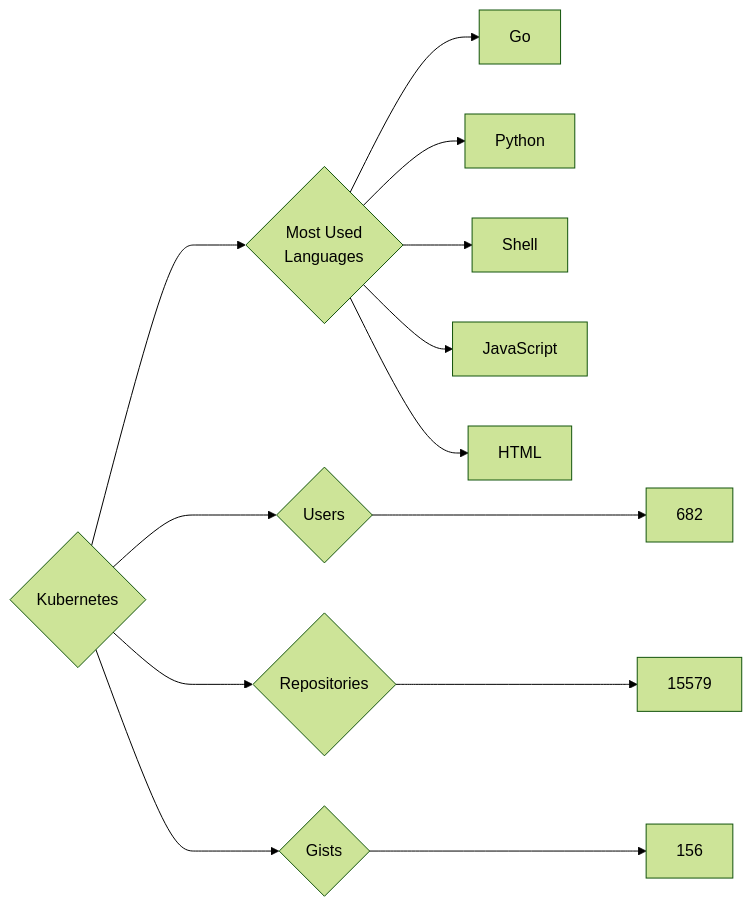
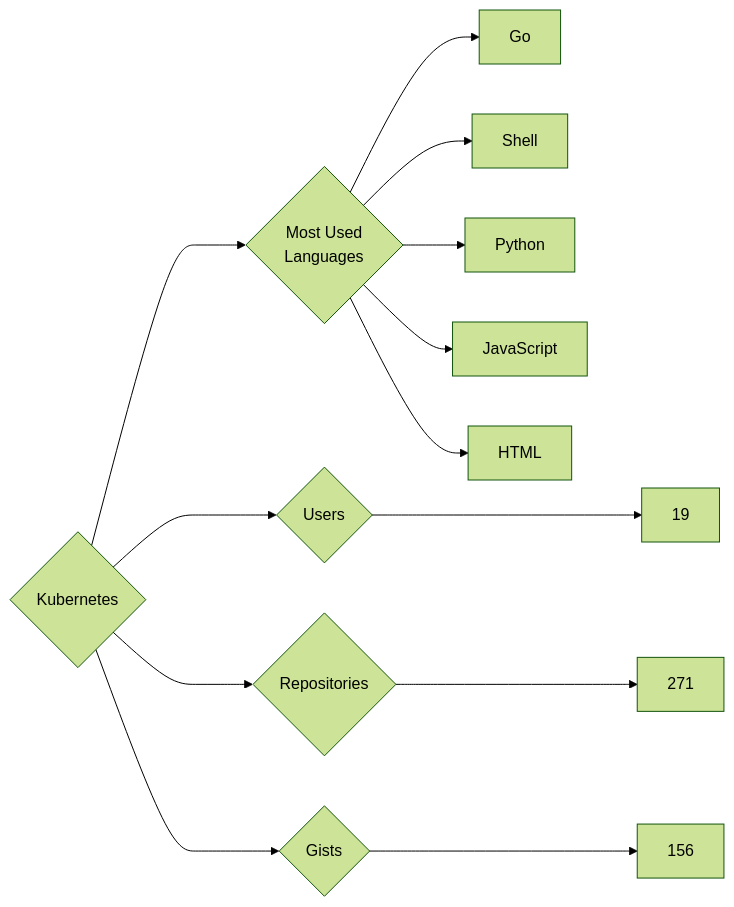
The diagram in targets/Kubernetes/README.md (trickest/insiders), drawn with Mermaid (forest theme) before and after one commit. The commit also changed 721 other files, not shown here.

````diff
--- a/targets/Kubernetes/README.md
+++ b/targets/Kubernetes/README.md
@@ -3,13 +3,13 @@
 ```mermaid
 graph LR
 COMPANY_NAME{Kubernetes}
-COMPANY_NAME ---> U{Users} ---> UN[682]
-COMPANY_NAME ---> R{Repositories} ---> RN[15579]
+COMPANY_NAME ---> U{Users} ---> UN[19]
+COMPANY_NAME ---> R{Repositories} ---> RN[271]
 COMPANY_NAME ---> G{Gists} ---> GN[156]
 COMPANY_NAME ---> ML{Most Used<br>Languages}
 ML --> Go[Go]
+ML --> Shell[Shell]
 ML --> Python[Python]
-ML --> Shell[Shell]
 ML --> JavaScript[JavaScript]
 ML --> HTML[HTML]
 ```
````
